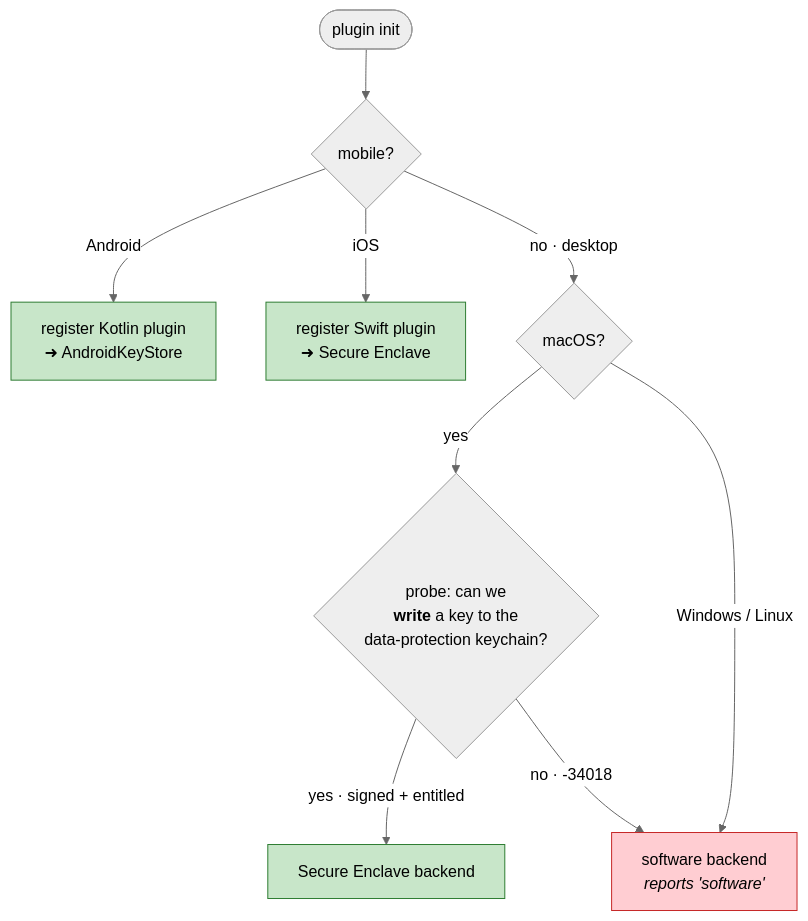
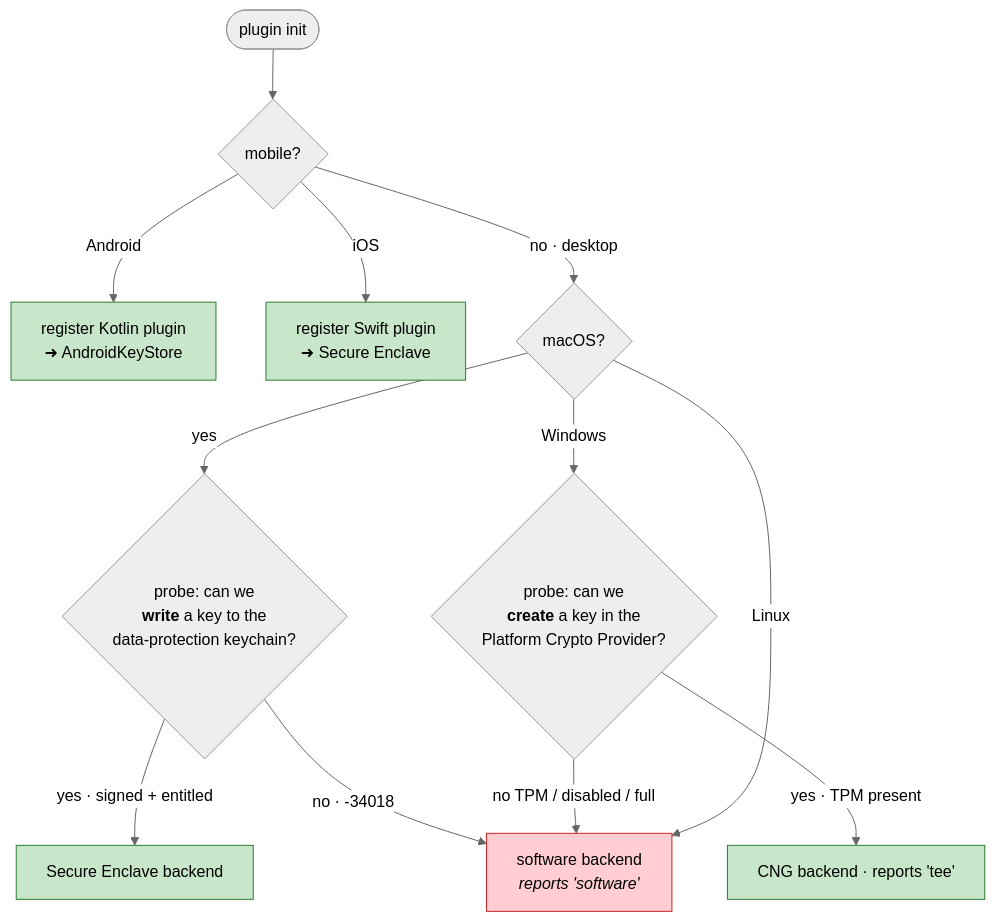
Before and after one commit to vaam-apps/tauri-sign-keypair: the second of 4 diagrams in docs/03-platforms.md, drawn with Mermaid (neutral theme). The commit also changed other lines of this file and 4 other files, not shown here.

First line of the commit message:
docs: Linux TPM design note, and platform docs for the Windows backend

````diff
--- a/docs/03-platforms.md
+++ b/docs/03-platforms.md
@@ -54,16 +54,20 @@
 ```mermaid
 flowchart TB
     START(["plugin init"]) --> MOB{"mobile?"}
     MOB -->|"Android"| A["register Kotlin plugin<br/>➜ AndroidKeyStore"]
     MOB -->|"iOS"| I["register Swift plugin<br/>➜ Secure Enclave"]
     MOB -->|"no · desktop"| MAC{"macOS?"}
     MAC -->|"yes"| PROBE{"probe: can we<br/><b>write</b> a key to the<br/>data-protection keychain?"}
     PROBE -->|"yes · signed + entitled"| ENC["Secure Enclave backend"]
     PROBE -->|"no · -34018"| SOFT
-    MAC -->|"Windows / Linux"| SOFT["software backend<br/><i>reports 'software'</i>"]
+    MAC -->|"Windows"| WIN{"probe: can we<br/><b>create</b> a key in the<br/>Platform Crypto Provider?"}
+    WIN -->|"yes · TPM present"| TPM["CNG backend · reports 'tee'"]
+    WIN -->|"no TPM / disabled / full"| SOFT
+    MAC -->|"Linux"| SOFT["software backend<br/><i>reports 'software'</i>"]
 
     style ENC fill:#c8e6c9,stroke:#2e7d32
     style A fill:#c8e6c9,stroke:#2e7d32
     style I fill:#c8e6c9,stroke:#2e7d32
+    style TPM fill:#c8e6c9,stroke:#2e7d32
     style SOFT fill:#ffcdd2,stroke:#c62828
 ```
````
